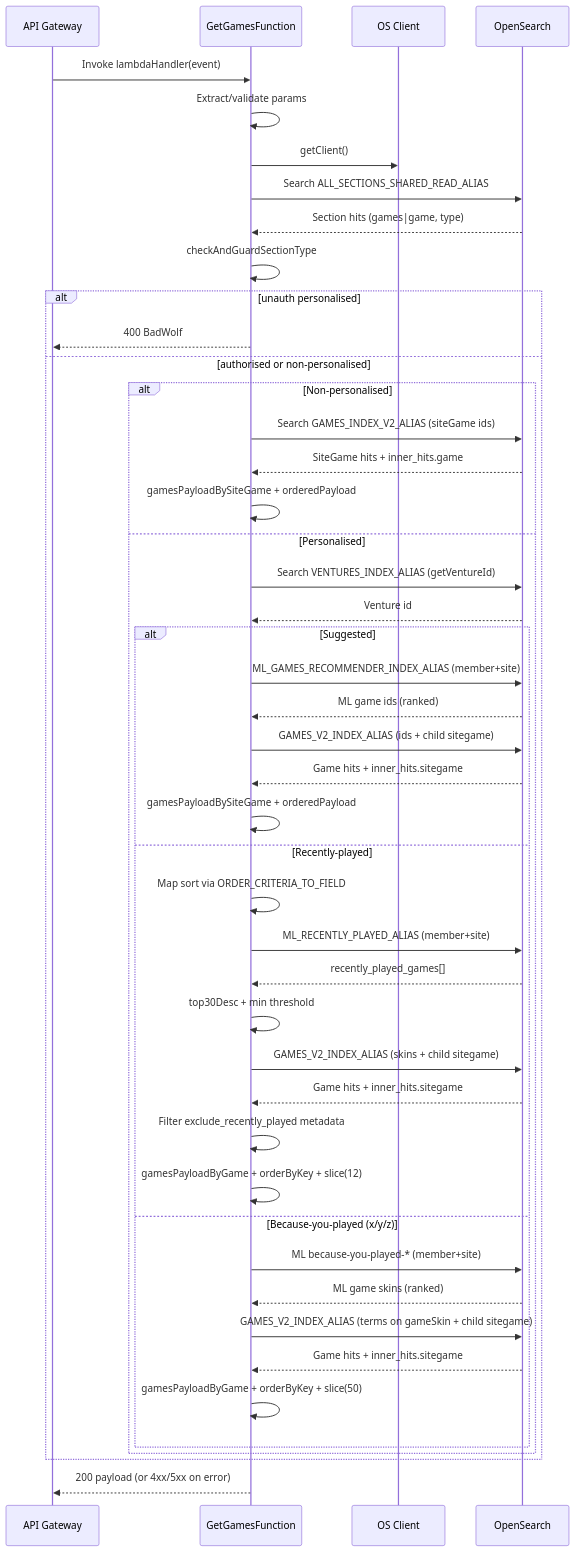
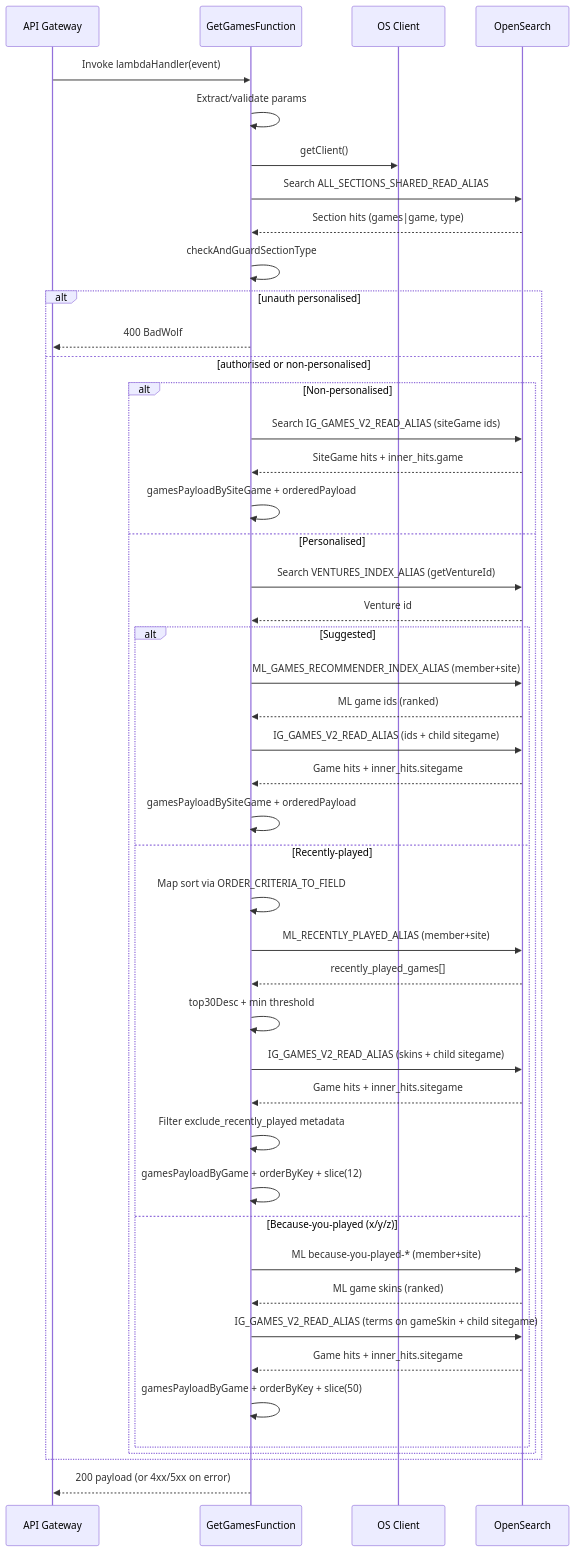
Before and after one commit to devminchev/personalised-lobby-ts-lambda-v3: the second of 2 diagrams in functions/GetGamesFunction/README.md, drawn with Mermaid. The commit also changed other lines of this file and 287 other files, not shown here.

````diff
--- a/functions/GetGamesFunction/README.md
+++ b/functions/GetGamesFunction/README.md
@@ -83,49 +83,49 @@
 ```mermaid
 sequenceDiagram
     participant API as API Gateway
     participant L as GetGamesFunction
     participant OSC as OS Client
     participant OS as OpenSearch
 
     API->>L: Invoke lambdaHandler(event)
     L->>L: Extract/validate params
     L->>OSC: getClient()
     L->>OS: Search ALL_SECTIONS_SHARED_READ_ALIAS
     OS-->>L: Section hits (games|game, type)
     L->>L: checkAndGuardSectionType
     alt unauth personalised
         L-->>API: 400 BadWolf
     else authorised or non-personalised
         alt Non-personalised
-            L->>OS: Search GAMES_INDEX_V2_ALIAS (siteGame ids)
+            L->>OS: Search IG_GAMES_V2_READ_ALIAS (siteGame ids)
             OS-->>L: SiteGame hits + inner_hits.game
             L->>L: gamesPayloadBySiteGame + orderedPayload
         else Personalised
             L->>OS: Search VENTURES_INDEX_ALIAS (getVentureId)
             OS-->>L: Venture id
             alt Suggested
                 L->>OS: ML_GAMES_RECOMMENDER_INDEX_ALIAS (member+site)
                 OS-->>L: ML game ids (ranked)
-                L->>OS: GAMES_V2_INDEX_ALIAS (ids + child sitegame)
+                L->>OS: IG_GAMES_V2_READ_ALIAS (ids + child sitegame)
                 OS-->>L: Game hits + inner_hits.sitegame
                 L->>L: gamesPayloadBySiteGame + orderedPayload
             else Recently-played
                 L->>L: Map sort via ORDER_CRITERIA_TO_FIELD
                 L->>OS: ML_RECENTLY_PLAYED_ALIAS (member+site)
                 OS-->>L: recently_played_games[]
                 L->>L: top30Desc + min threshold
-                L->>OS: GAMES_V2_INDEX_ALIAS (skins + child sitegame)
+                L->>OS: IG_GAMES_V2_READ_ALIAS (skins + child sitegame)
                 OS-->>L: Game hits + inner_hits.sitegame
                 L->>L: Filter exclude_recently_played metadata
                 L->>L: gamesPayloadByGame + orderByKey + slice(12)
             else Because-you-played (x/y/z)
                 L->>OS: ML because-you-played-* (member+site)
                 OS-->>L: ML game skins (ranked)
-                L->>OS: GAMES_V2_INDEX_ALIAS (terms on gameSkin + child sitegame)
+                L->>OS: IG_GAMES_V2_READ_ALIAS (terms on gameSkin + child sitegame)
                 OS-->>L: Game hits + inner_hits.sitegame
                 L->>L: gamesPayloadByGame + orderByKey + slice(50)
             end
         end
     end
     L-->>API: 200 payload (or 4xx/5xx on error)
 ```
````
